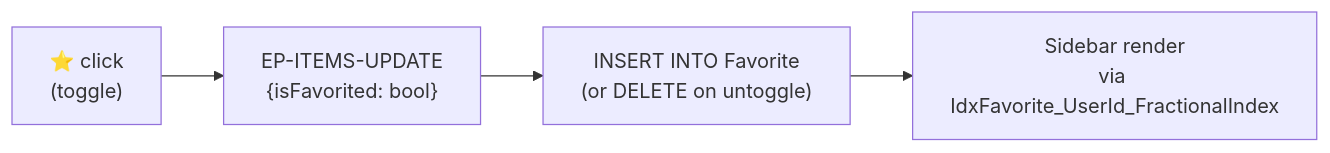
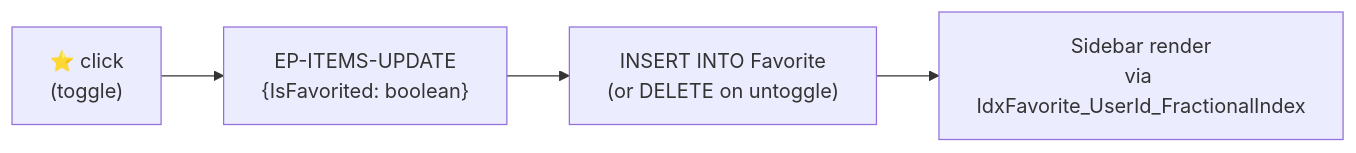
Diagram 14 of 14 in spec/31-app/07-db-diagram/04-feature-slices.md (alimtvnetwork/workflowy-v3), drawn with Mermaid before and after one commit. The commit also changed other lines of this file and 2 other files, not shown here.

````diff
--- a/spec/31-app/07-db-diagram/04-feature-slices.md
+++ b/spec/31-app/07-db-diagram/04-feature-slices.md
@@ -379,11 +379,11 @@
 ```mermaid
 flowchart LR
     Click["⭐ click<br/>(toggle)"]
-    Update["EP-ITEMS-UPDATE<br/>{isFavorited: bool}"]
+    Update["EP-ITEMS-UPDATE<br/>{IsFavorited: boolean}"]
     Insert["INSERT INTO Favorite<br/>(or DELETE on untoggle)"]
     Sidebar["Sidebar render<br/>via IdxFavorite_UserId_FractionalIndex"]
 
     Click --> Update
     Update --> Insert
     Insert --> Sidebar
 ```
````
